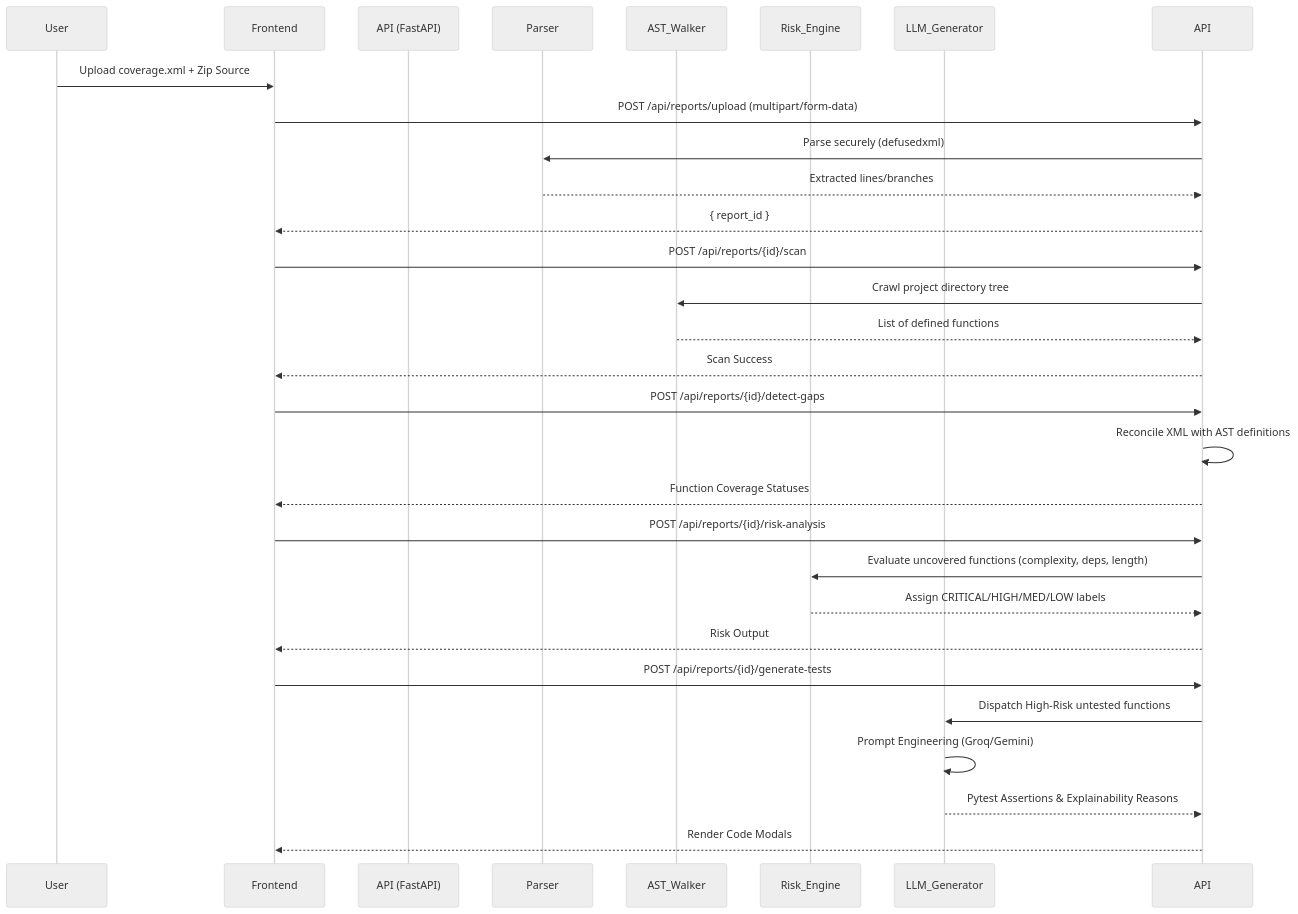
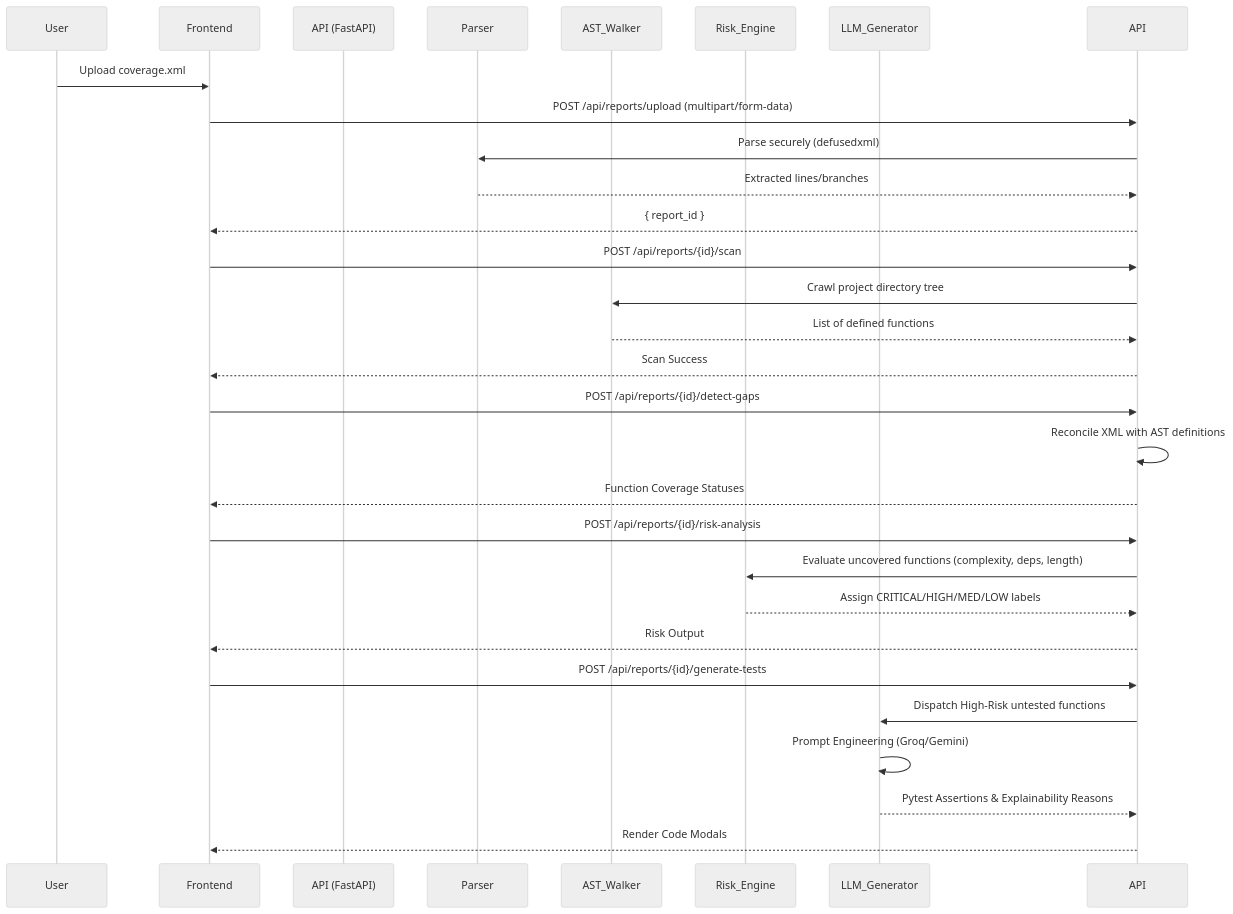
The diagram in docs/PROJECT_WORKFLOW.md (sujith0466/CoverageIQ_AI), drawn with Mermaid (neutral theme) before and after one commit. The commit also changed 2 other files, not shown here.

Commit message:
docs: add AI usage notes and project workflow documentation while updating gitignore to exclude zip files

````diff
--- a/docs/PROJECT_WORKFLOW.md
+++ b/docs/PROJECT_WORKFLOW.md
@@ -5,36 +5,36 @@
 ```mermaid
 sequenceDiagram
     participant User
     participant Frontend
     participant API (FastAPI)
     participant Parser
     participant AST_Walker
     participant Risk_Engine
     participant LLM_Generator
 
-    User->>Frontend: Upload coverage.xml + Zip Source
+    User->>Frontend: Upload coverage.xml
     Frontend->>API: POST /api/reports/upload (multipart/form-data)
     API->>Parser: Parse securely (defusedxml)
     Parser-->>API: Extracted lines/branches
     API-->>Frontend: { report_id }
     
     Frontend->>API: POST /api/reports/{id}/scan
     API->>AST_Walker: Crawl project directory tree
     AST_Walker-->>API: List of defined functions
     API-->>Frontend: Scan Success
     
     Frontend->>API: POST /api/reports/{id}/detect-gaps
     API->>API: Reconcile XML with AST definitions
     API-->>Frontend: Function Coverage Statuses
     
     Frontend->>API: POST /api/reports/{id}/risk-analysis
     API->>Risk_Engine: Evaluate uncovered functions (complexity, deps, length)
     Risk_Engine-->>API: Assign CRITICAL/HIGH/MED/LOW labels
     API-->>Frontend: Risk Output
     
     Frontend->>API: POST /api/reports/{id}/generate-tests
     API->>LLM_Generator: Dispatch High-Risk untested functions
     LLM_Generator->>LLM_Generator: Prompt Engineering (Groq/Gemini)
     LLM_Generator-->>API: Pytest Assertions & Explainability Reasons
     API-->>Frontend: Render Code Modals
 ```
````
